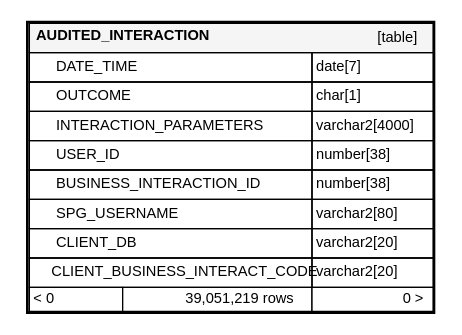
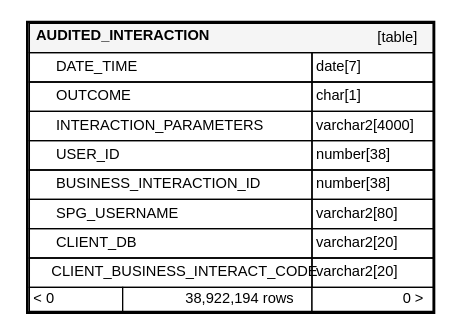
Before and after one commit to ministryofjustice/hmpps-probation-integration-services: the diagram in schema-spy-report/diagrams/orphans/AUDITED_INTERACTION.1degree.dot, drawn with Graphviz. The commit also changed 86 other files, not shown here.

```diff
--- a/schema-spy-report/diagrams/orphans/AUDITED_INTERACTION.1degree.dot
+++ b/schema-spy-report/diagrams/orphans/AUDITED_INTERACTION.1degree.dot
@@ -1,37 +1,37 @@
 digraph "AUDITED_INTERACTION" {
   graph [
     rankdir="RL"
     bgcolor="#ffffff"
     nodesep="0.18"
     ranksep="0.46"
     fontname="Helvetica"
     fontsize="11"
     ration="compress"
   ];
   node [
     fontname="Helvetica"
     fontsize="11"
     shape="plaintext"
   ];
   edge [
     arrowsize="0.8"
   ];
   "AUDITED_INTERACTION" [
    label=<
     <TABLE BORDER="2" CELLBORDER="1" CELLSPACING="0" BGCOLOR="#ffffff">
       <TR><TD COLSPAN="4"  BGCOLOR="#f5f5f5"><TABLE BORDER="0" CELLSPACING="0"><TR><TD ALIGN="LEFT"><B>AUDITED_INTERACTION</B></TD><TD ALIGN="RIGHT">[table]</TD></TR></TABLE></TD></TR>
       <TR><TD PORT="DATE_TIME" COLSPAN="2" ALIGN="LEFT"><TABLE BORDER="0" CELLSPACING="0" ALIGN="LEFT"><TR ALIGN="LEFT"><TD ALIGN="LEFT" FIXEDSIZE="TRUE" WIDTH="15" HEIGHT="16"></TD><TD ALIGN="LEFT" FIXEDSIZE="TRUE" WIDTH="191" HEIGHT="16">DATE_TIME</TD></TR></TABLE></TD><TD PORT="DATE_TIME.type" ALIGN="LEFT">date[7]</TD></TR>
       <TR><TD PORT="OUTCOME" COLSPAN="2" ALIGN="LEFT"><TABLE BORDER="0" CELLSPACING="0" ALIGN="LEFT"><TR ALIGN="LEFT"><TD ALIGN="LEFT" FIXEDSIZE="TRUE" WIDTH="15" HEIGHT="16"></TD><TD ALIGN="LEFT" FIXEDSIZE="TRUE" WIDTH="191" HEIGHT="16">OUTCOME</TD></TR></TABLE></TD><TD PORT="OUTCOME.type" ALIGN="LEFT">char[1]</TD></TR>
       <TR><TD PORT="INTERACTION_PARAMETERS" COLSPAN="2" ALIGN="LEFT"><TABLE BORDER="0" CELLSPACING="0" ALIGN="LEFT"><TR ALIGN="LEFT"><TD ALIGN="LEFT" FIXEDSIZE="TRUE" WIDTH="15" HEIGHT="16"></TD><TD ALIGN="LEFT" FIXEDSIZE="TRUE" WIDTH="191" HEIGHT="16">INTERACTION_PARAMETERS</TD></TR></TABLE></TD><TD PORT="INTERACTION_PARAMETERS.type" ALIGN="LEFT">varchar2[4000]</TD></TR>
       <TR><TD PORT="USER_ID" COLSPAN="2" ALIGN="LEFT"><TABLE BORDER="0" CELLSPACING="0" ALIGN="LEFT"><TR ALIGN="LEFT"><TD ALIGN="LEFT" FIXEDSIZE="TRUE" WIDTH="15" HEIGHT="16"></TD><TD ALIGN="LEFT" FIXEDSIZE="TRUE" WIDTH="191" HEIGHT="16">USER_ID</TD></TR></TABLE></TD><TD PORT="USER_ID.type" ALIGN="LEFT">number[38]</TD></TR>
       <TR><TD PORT="BUSINESS_INTERACTION_ID" COLSPAN="2" ALIGN="LEFT"><TABLE BORDER="0" CELLSPACING="0" ALIGN="LEFT"><TR ALIGN="LEFT"><TD ALIGN="LEFT" FIXEDSIZE="TRUE" WIDTH="15" HEIGHT="16"></TD><TD ALIGN="LEFT" FIXEDSIZE="TRUE" WIDTH="191" HEIGHT="16">BUSINESS_INTERACTION_ID</TD></TR></TABLE></TD><TD PORT="BUSINESS_INTERACTION_ID.type" ALIGN="LEFT">number[38]</TD></TR>
       <TR><TD PORT="SPG_USERNAME" COLSPAN="2" ALIGN="LEFT"><TABLE BORDER="0" CELLSPACING="0" ALIGN="LEFT"><TR ALIGN="LEFT"><TD ALIGN="LEFT" FIXEDSIZE="TRUE" WIDTH="15" HEIGHT="16"></TD><TD ALIGN="LEFT" FIXEDSIZE="TRUE" WIDTH="191" HEIGHT="16">SPG_USERNAME</TD></TR></TABLE></TD><TD PORT="SPG_USERNAME.type" ALIGN="LEFT">varchar2[80]</TD></TR>
       <TR><TD PORT="CLIENT_DB" COLSPAN="2" ALIGN="LEFT"><TABLE BORDER="0" CELLSPACING="0" ALIGN="LEFT"><TR ALIGN="LEFT"><TD ALIGN="LEFT" FIXEDSIZE="TRUE" WIDTH="15" HEIGHT="16"></TD><TD ALIGN="LEFT" FIXEDSIZE="TRUE" WIDTH="191" HEIGHT="16">CLIENT_DB</TD></TR></TABLE></TD><TD PORT="CLIENT_DB.type" ALIGN="LEFT">varchar2[20]</TD></TR>
       <TR><TD PORT="CLIENT_BUSINESS_INTERACT_CODE" COLSPAN="2" ALIGN="LEFT"><TABLE BORDER="0" CELLSPACING="0" ALIGN="LEFT"><TR ALIGN="LEFT"><TD ALIGN="LEFT" FIXEDSIZE="TRUE" WIDTH="15" HEIGHT="16"></TD><TD ALIGN="LEFT" FIXEDSIZE="TRUE" WIDTH="191" HEIGHT="16">CLIENT_BUSINESS_INTERACT_CODE</TD></TR></TABLE></TD><TD PORT="CLIENT_BUSINESS_INTERACT_CODE.type" ALIGN="LEFT">varchar2[20]</TD></TR>
-      <TR><TD ALIGN="LEFT" BGCOLOR="#ffffff">&lt; 0</TD><TD ALIGN="RIGHT" BGCOLOR="#ffffff">39,051,219 rows</TD><TD ALIGN="RIGHT" BGCOLOR="#ffffff">0 &gt;</TD></TR>
+      <TR><TD ALIGN="LEFT" BGCOLOR="#ffffff">&lt; 0</TD><TD ALIGN="RIGHT" BGCOLOR="#ffffff">38,922,194 rows</TD><TD ALIGN="RIGHT" BGCOLOR="#ffffff">0 &gt;</TD></TR>
     </TABLE>>
     URL="../../tables/AUDITED_INTERACTION.html"
     target="_top"
     tooltip="AUDITED_INTERACTION"
   ];
 }
```
